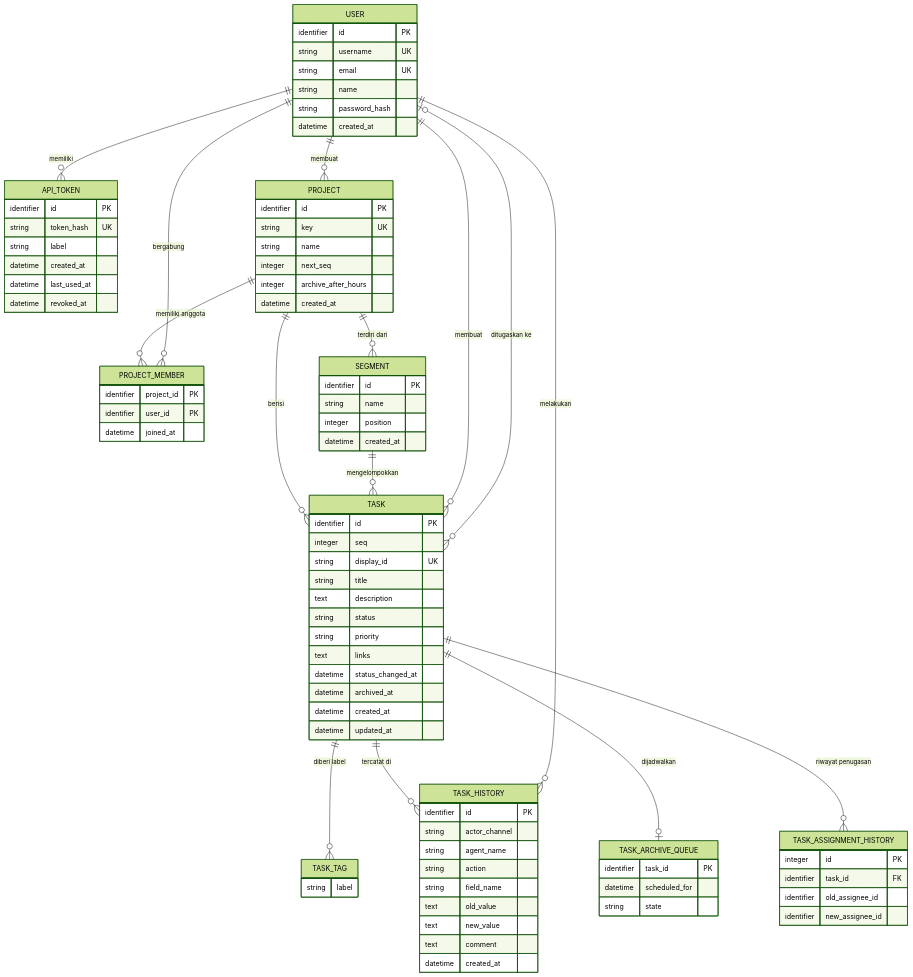
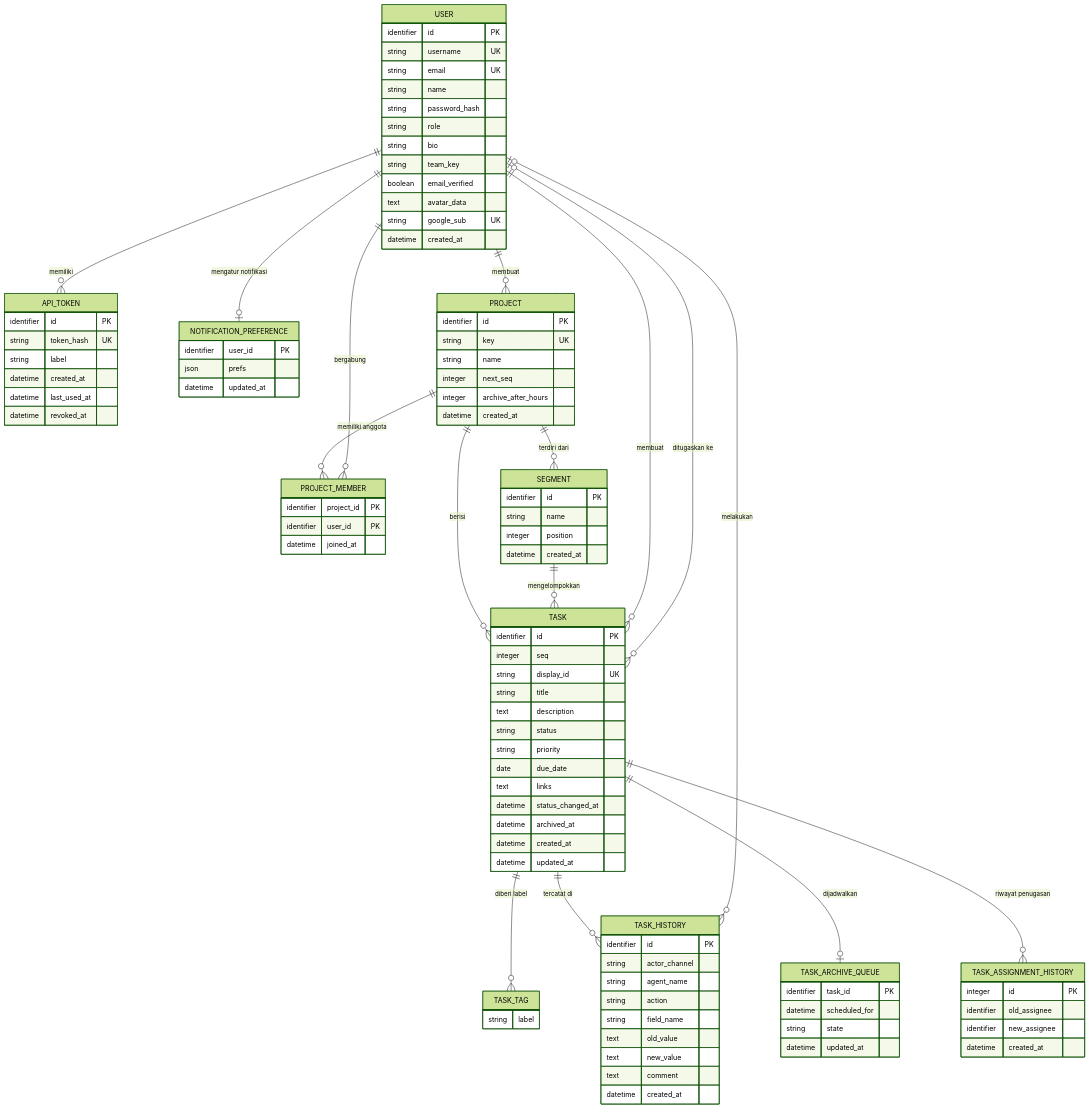
The first of 2 diagrams in docs/database.md (cielPh4nt0m/PBL-kelompok-4.-DoTo-), drawn with Mermaid (forest theme) before and after one commit. The commit also changed other lines of this file and 23 other files, not shown here.

First line of the commit message:
Lengkapi dokumentasi desain sistem: DFD, UML, serta pembaruan CDM/PDM

````diff
--- a/docs/database.md
+++ b/docs/database.md
@@ -17,6 +21,7 @@
 ```mermaid
 erDiagram
     USER ||--o{ API_TOKEN : "memiliki"
+    USER ||--o| NOTIFICATION_PREFERENCE : "mengatur notifikasi"
     USER ||--o{ PROJECT : "membuat"
     PROJECT ||--o{ PROJECT_MEMBER : "memiliki anggota"
     USER ||--o{ PROJECT_MEMBER : "bergabung"
@@ -27,7 +32,7 @@
     USER |o--o{ TASK : "ditugaskan ke"
     TASK ||--o{ TASK_TAG : "diberi label"
     TASK ||--o{ TASK_HISTORY : "tercatat di"
-    USER ||--o{ TASK_HISTORY : "melakukan"
+    USER |o--o{ TASK_HISTORY : "melakukan"
     TASK ||--o| TASK_ARCHIVE_QUEUE : "dijadwalkan"
     TASK ||--o{ TASK_ASSIGNMENT_HISTORY : "riwayat penugasan"
 
@@ -37,6 +42,12 @@
         string email UK
         string name
         string password_hash
+        string role
+        string bio
+        string team_key
+        boolean email_verified
+        text avatar_data
+        string google_sub UK
         datetime created_at
     }
     API_TOKEN {
@@ -47,6 +58,11 @@
         datetime last_used_at
         datetime revoked_at
     }
+    NOTIFICATION_PREFERENCE {
+        identifier user_id PK
+        json prefs
+        datetime updated_at
+    }
     PROJECT {
         identifier id PK
         string key UK
@@ -54,6 +70,11 @@
         integer next_seq
         integer archive_after_hours
         datetime created_at
+    }
+    PROJECT_MEMBER {
+        identifier project_id PK
+        identifier user_id PK
+        datetime joined_at
     }
     SEGMENT {
         identifier id PK
@@ -69,6 +90,7 @@
         text description
         string status
         string priority
+        date due_date
         text links
         datetime status_changed_at
         datetime archived_at
@@ -89,20 +111,16 @@
         text comment
         datetime created_at
     }
-    PROJECT_MEMBER {
-        identifier project_id PK
-        identifier user_id PK
-        datetime joined_at
-    }
     TASK_ARCHIVE_QUEUE {
         identifier task_id PK
         datetime scheduled_for
         string state
+        datetime updated_at
     }
     TASK_ASSIGNMENT_HISTORY {
         integer id PK
-        identifier task_id FK
-        identifier old_assignee_id
-        identifier new_assignee_id
+        identifier old_assignee
+        identifier new_assignee
+        datetime created_at
     }
 ```
````
